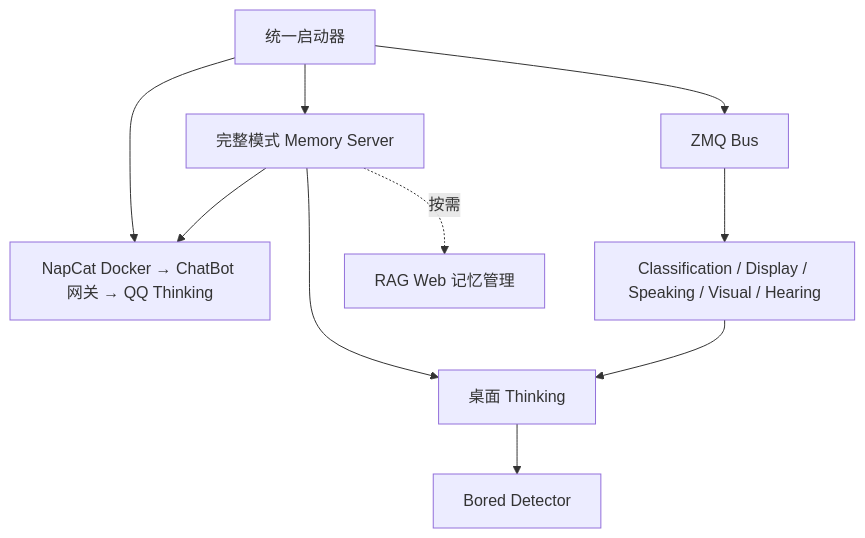
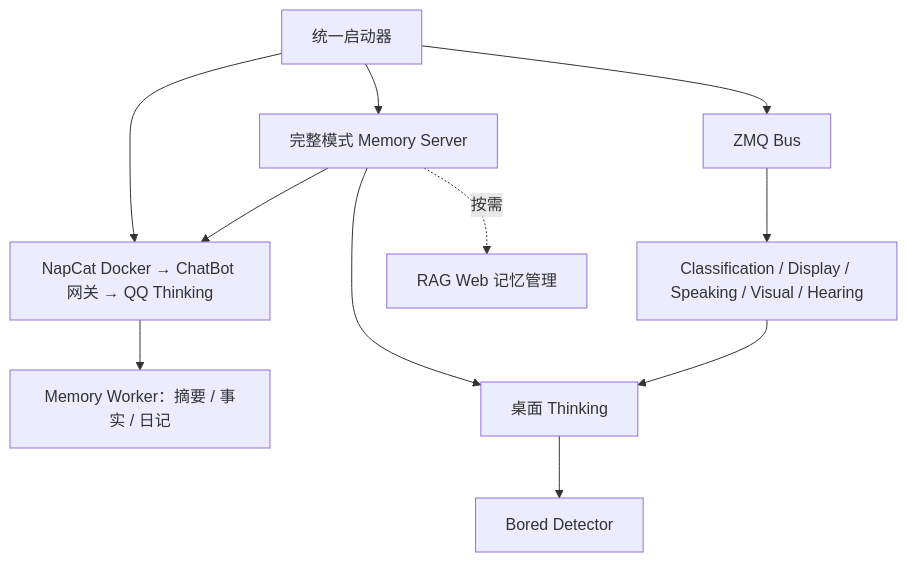
Before and after one commit to yororoA/Bines: the diagram in START_HERE.md, drawn with Mermaid. The commit also changed other lines of this file and 13 other files, not shown here.

Commit message:
feat: 新增独立 Memory Worker 服务处理记忆摘要与日记

````diff
--- a/START_HERE.md
+++ b/START_HERE.md
@@ -78,12 +78,13 @@
 ```mermaid
 flowchart TD
     A[统一启动器] --> Q[NapCat Docker → ChatBot 网关 → QQ Thinking]
+    Q --> W[Memory Worker：摘要 / 事实 / 日记]
     A --> C[ZMQ Bus]
     C --> D[Classification / Display / Speaking / Visual / Hearing]
     A --> M[完整模式 Memory Server]
     M --> Q
     M --> T
     D --> T[桌面 Thinking]
     T --> B[Bored Detector]
     M -.按需.-> R[RAG Web 记忆管理]
 ```
````
